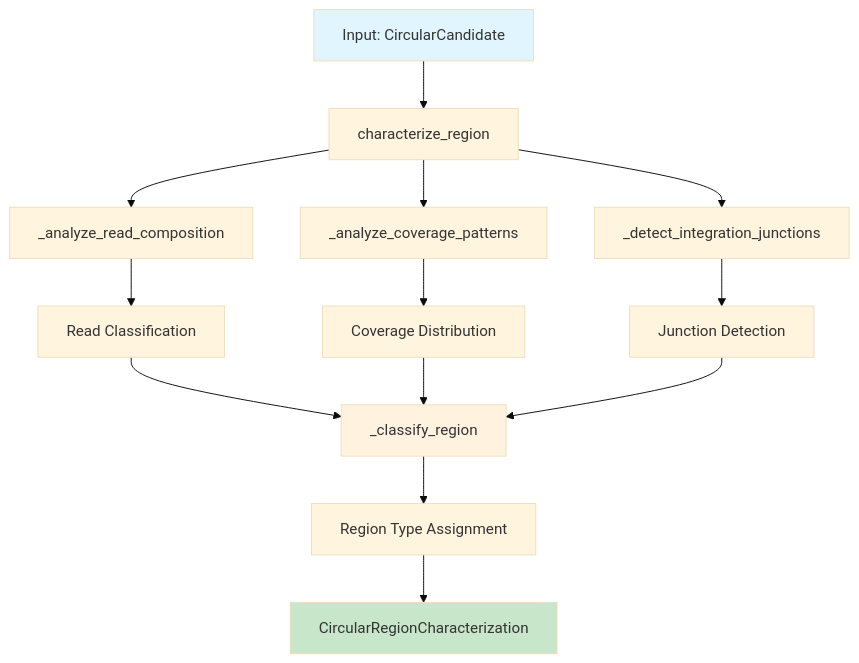
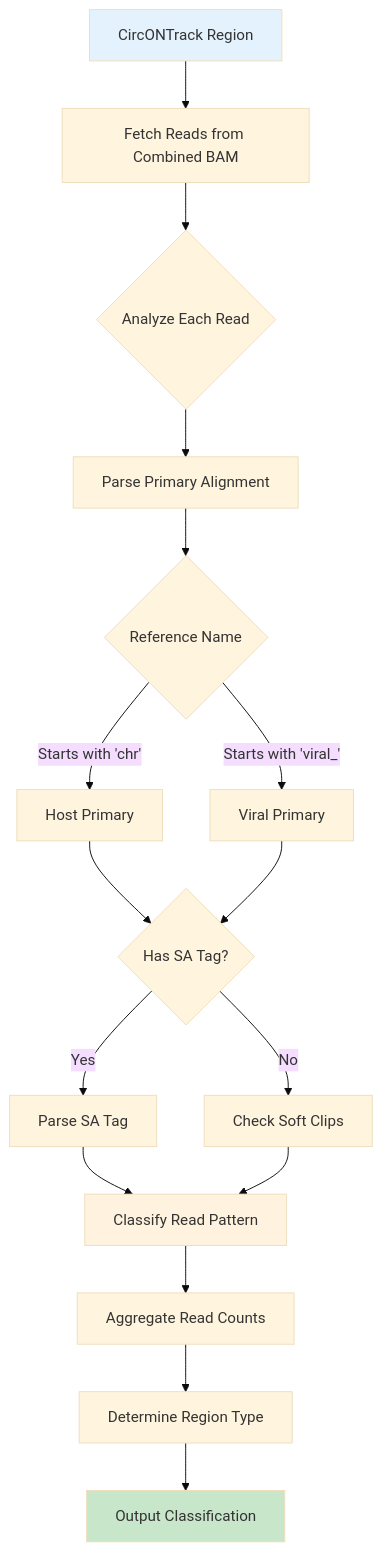
One commit to samarth8392/CircONTrack changed the first of 2 diagrams in docs/classify.md. Above: the diagram before and after it, drawn with Mermaid (base theme). The commit also changed other lines of this file, not shown here.

Commit message:
doc: single BAM classify doc

````diff
--- a/docs/classify.md
+++ b/docs/classify.md
@@ -58,22 +24,29 @@
 ```mermaid
 flowchart TD
-    A[Input: CircularCandidate] --> B[characterize_region]
-    B --> C[_analyze_read_composition]
-    B --> D[_analyze_coverage_patterns]
-    B --> E[_detect_integration_junctions]
+    A[CircONTrack Region] --> B[Fetch Reads from Combined BAM]
+    B --> C{Analyze Each Read}
     
-    C --> F[Read Classification]
-    D --> G[Coverage Distribution]
-    E --> H[Junction Detection]
+    C --> D[Parse Primary Alignment]
+    D --> E{Reference Name}
     
-    F --> I[_classify_region]
-    G --> I
-    H --> I
+    E -->|Starts with 'chr'| F[Host Primary]
+    E -->|Starts with 'viral_'| G[Viral Primary]
     
-    I --> J[Region Type Assignment]
-    J --> K[CircularRegionCharacterization]
+    F --> H{Has SA Tag?}
+    G --> H
     
-    style A fill:#e1f5fe
-    style K fill:#c8e6c9
-    style I fill:#fff3e0
+    H -->|Yes| I[Parse SA Tag]
+    H -->|No| J[Check Soft Clips]
+    
+    I --> K[Classify Read Pattern]
+    J --> K
+    
+    K --> L[Aggregate Read Counts]
+    L --> M[Determine Region Type]
+    
+    M --> N[Output Classification]
+    
+    style A fill:#e3f2fd
+    style N fill:#c8e6c9
+    style K fill:#fff3e0
 ```
````
